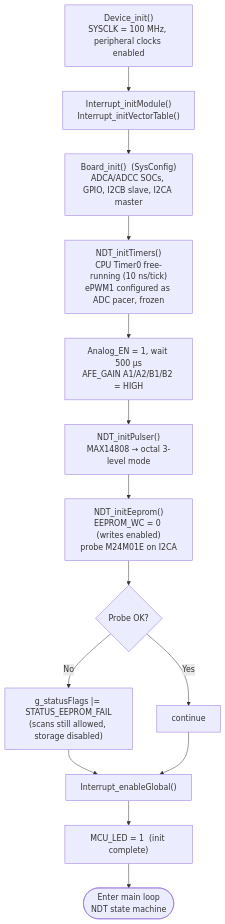
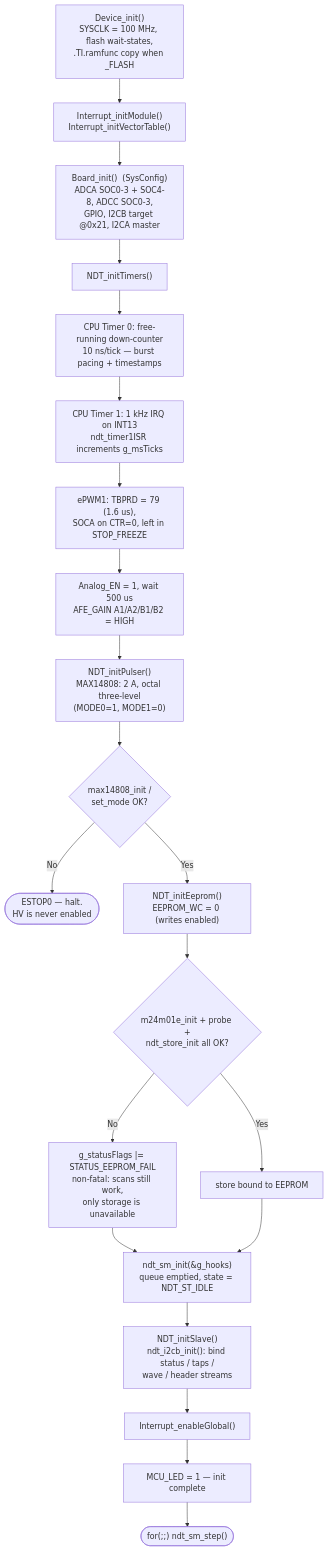
One commit to Yunus911me/NDT_AUXILIARY changed the second of 14 diagrams in flowchart.md. Above: the diagram before and after it, drawn with Mermaid. The commit also changed other lines of this file and 1 other file, not shown here.

````diff
--- a/flowchart.md
+++ b/flowchart.md
@@ -9,16 +63,27 @@
 ```mermaid
 flowchart TD
-    A["Device_init()\nSYSCLK = 100 MHz, peripheral clocks enabled"] --> B["Interrupt_initModule()\nInterrupt_initVectorTable()"]
-    B --> C["Board_init()  (SysConfig)\nADCA/ADCC SOCs, GPIO, I2CB slave, I2CA master"]
-    C --> D["NDT_initTimers()\nCPU Timer0 free-running (10 ns/tick)\nePWM1 configured as ADC pacer, frozen"]
-    D --> E["Analog_EN = 1, wait 500 µs\nAFE_GAIN A1/A2/B1/B2 = HIGH"]
-    E --> F["NDT_initPulser()\nMAX14808 → octal 3-level mode"]
-    F --> G["NDT_initEeprom()\nEEPROM_WC = 0 (writes enabled)\nprobe M24M01E on I2CA"]
-    G --> H{"Probe OK?"}
-    H -->|No| I["g_statusFlags |= STATUS_EEPROM_FAIL\n(scans still allowed, storage disabled)"]
-    H -->|Yes| J["continue"]
-    I --> K["Interrupt_enableGlobal()"]
-    J --> K
-    K --> L["MCU_LED = 1  (init complete)"]
-    L --> M(["Enter main loop\nNDT state machine"])
+    A["Device_init()<br/>SYSCLK = 100 MHz, flash wait-states,<br/>.TI.ramfunc copy when _FLASH"] --> B["Interrupt_initModule()<br/>Interrupt_initVectorTable()"]
+    B --> C["Board_init()  (SysConfig)<br/>ADCA SOC0-3 + SOC4-8, ADCC SOC0-3,<br/>GPIO, I2CB target @0x21, I2CA master"]
+    C --> D["NDT_initTimers()"]
+
+    D --> D1["CPU Timer 0: free-running down-counter<br/>10 ns/tick — burst pacing + timestamps"]
+    D1 --> D2["CPU Timer 1: 1 kHz IRQ on INT13<br/>ndt_timer1ISR increments g_msTicks"]
+    D2 --> D3["ePWM1: TBPRD = 79 (1.6 us),<br/>SOCA on CTR=0, left in STOP_FREEZE"]
+
+    D3 --> E["Analog_EN = 1, wait 500 us<br/>AFE_GAIN A1/A2/B1/B2 = HIGH"]
+    E --> F["NDT_initPulser()<br/>MAX14808: 2 A, octal three-level<br/>(MODE0=1, MODE1=0)"]
+    F --> F1{"max14808_init /<br/>set_mode OK?"}
+    F1 -->|No| F2(["ESTOP0 — halt.<br/>HV is never enabled"])
+    F1 -->|Yes| G["NDT_initEeprom()<br/>EEPROM_WC = 0 (writes enabled)"]
+
+    G --> G1{"m24m01e_init + probe +<br/>ndt_store_init all OK?"}
+    G1 -->|No| G2["g_statusFlags |= STATUS_EEPROM_FAIL<br/>non-fatal: scans still work,<br/>only storage is unavailable"]
+    G1 -->|Yes| G3["store bound to EEPROM"]
+
+    G2 --> H["ndt_sm_init(&g_hooks)<br/>queue emptied, state = NDT_ST_IDLE"]
+    G3 --> H
+    H --> I["NDT_initSlave()<br/>ndt_i2cb_init(): bind status / taps /<br/>wave / header streams"]
+    I --> J["Interrupt_enableGlobal()"]
+    J --> K["MCU_LED = 1 — init complete"]
+    K --> L(["for(;;) ndt_sm_step()"])
 ```
````
